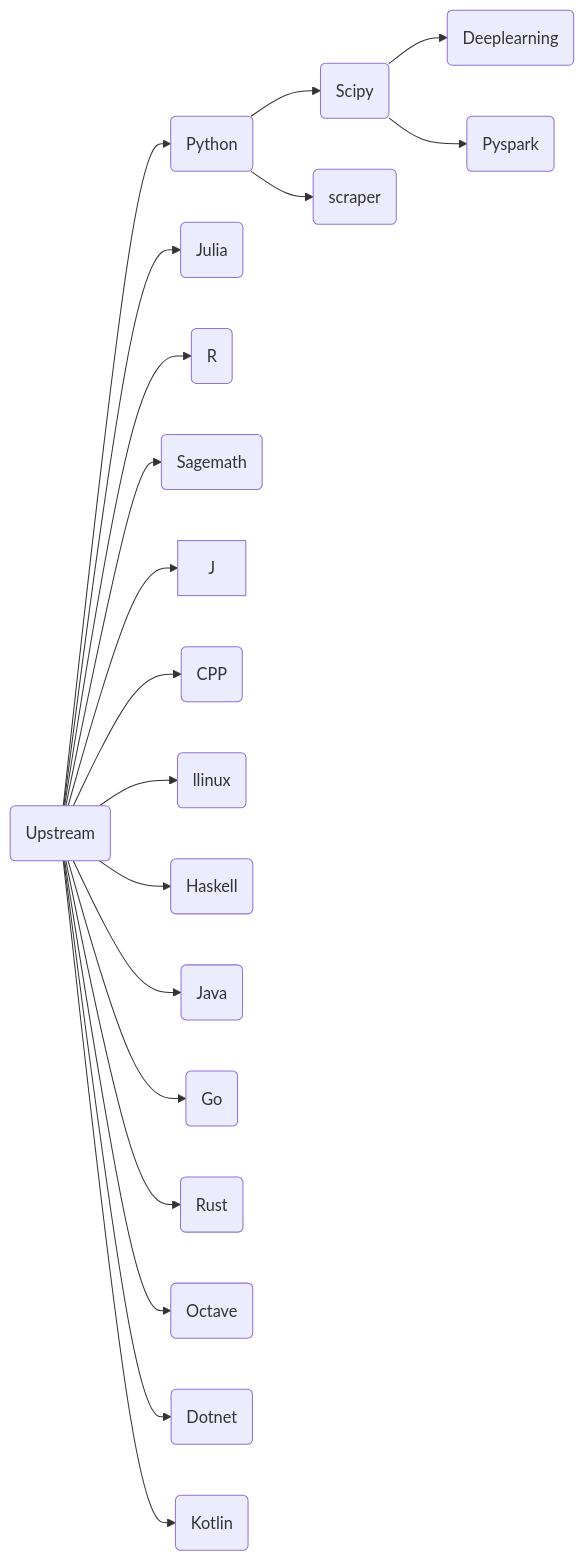
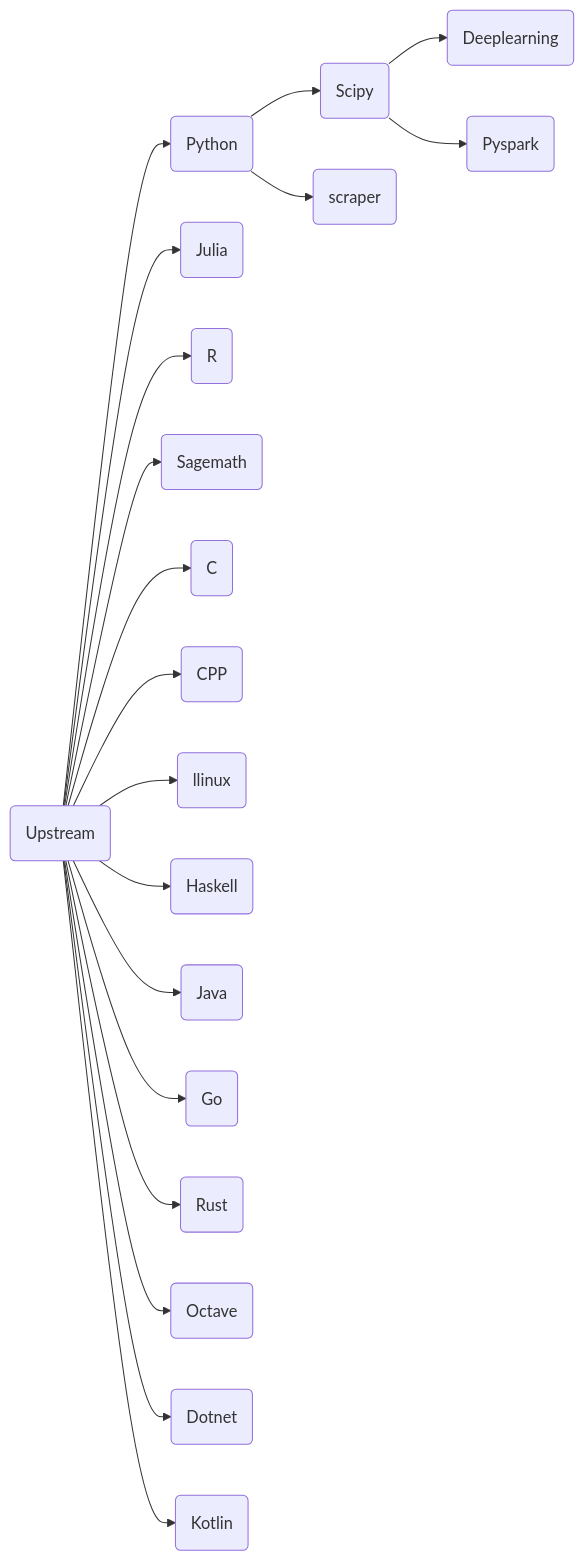
One commit to ben0i0d/jupyter-image-stacks changed the diagram in README.md. Above: the diagram before and after it, drawn with Mermaid. The commit also changed other lines of this file, not shown here.

Commit message:
Update file README.md

````diff
--- a/README.md
+++ b/README.md
@@ -140,21 +140,21 @@
 ```mermaid
 graph LR
 A(Upstream)-->B(Python)
 B-->C(Scipy)
 B-->D(scraper)
 C(Scipy)-->E(Deeplearning)  
 C(Scipy)-->F(Pyspark)  
 A-->G(Julia)
 A-->H(R)
 A-->I(Sagemath)
-A-->J
+A-->J(C)
 A-->K(CPP)
 A-->L(llinux)
 A-->M(Haskell)
 A-->N(Java)
 A-->O(Go)
 A-->P(Rust)
 A-->Q(Octave)
 A-->R(Dotnet)
 A-->S(Kotlin)
 ```  
````
